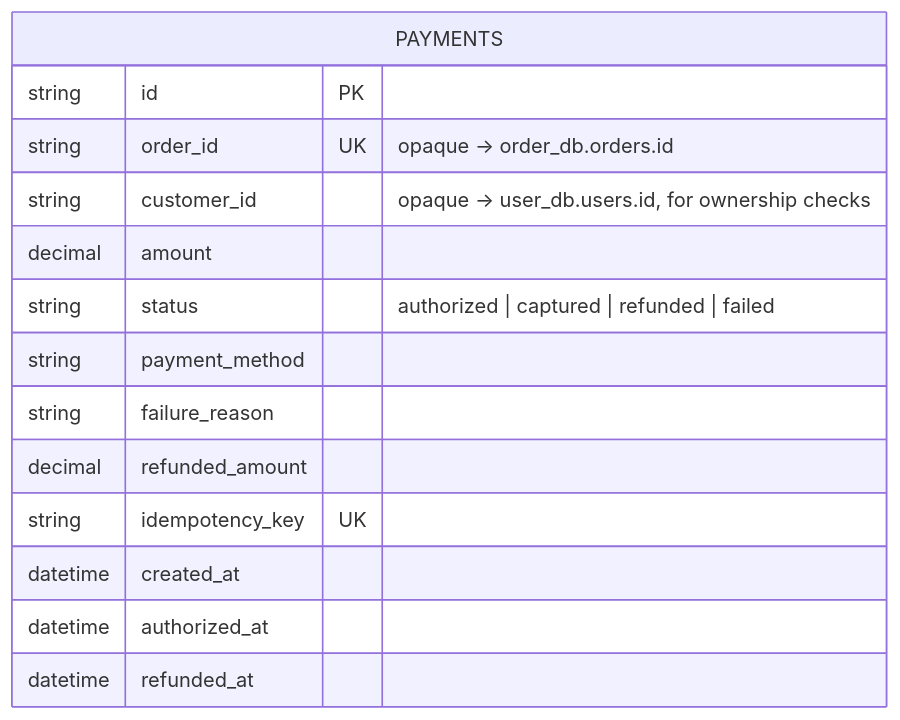
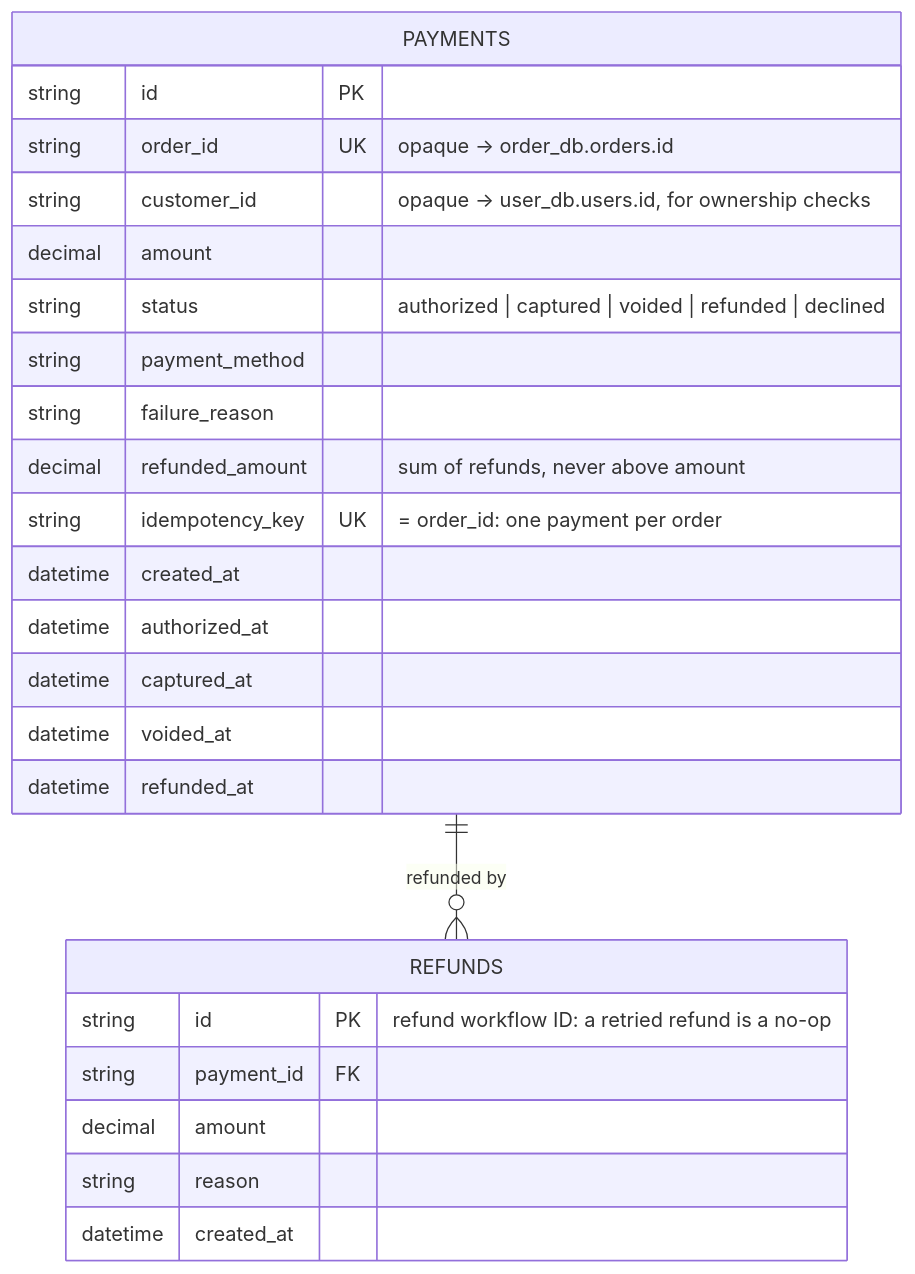
Before and after one commit to umer-emumba/smartfoodops-ms: diagram 11 of 13 in docs/diagrams.md, drawn with Mermaid. The commit also changed other lines of this file and 8 other files, not shown here.

First line of the commit message:
Week 2 step 8: lifecycle scenarios, second seeded rider, docs and diagrams

````diff
--- a/docs/diagrams.md
+++ b/docs/diagrams.md
@@ -288,17 +506,28 @@
 ```mermaid
 erDiagram
+    PAYMENTS ||--o{ REFUNDS : "refunded by"
+
     PAYMENTS {
         string id PK
         string order_id UK "opaque -> order_db.orders.id"
         string customer_id "opaque -> user_db.users.id, for ownership checks"
         decimal amount
-        string status "authorized | captured | refunded | failed"
+        string status "authorized | captured | voided | refunded | declined"
         string payment_method
         string failure_reason
-        decimal refunded_amount
-        string idempotency_key UK
+        decimal refunded_amount "sum of refunds, never above amount"
+        string idempotency_key UK "= order_id: one payment per order"
         datetime created_at
         datetime authorized_at
+        datetime captured_at
+        datetime voided_at
         datetime refunded_at
     }
+    REFUNDS {
+        string id PK "refund workflow ID: a retried refund is a no-op"
+        string payment_id FK
+        decimal amount
+        string reason
+        datetime created_at
+    }
 ```
````
